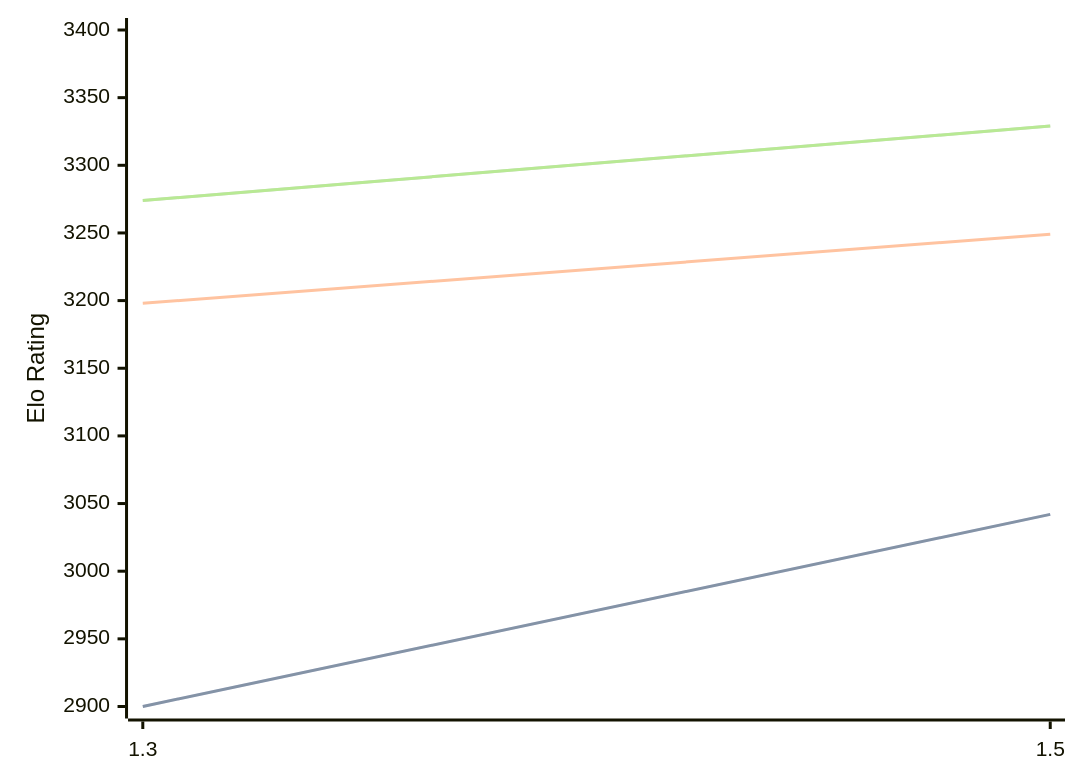
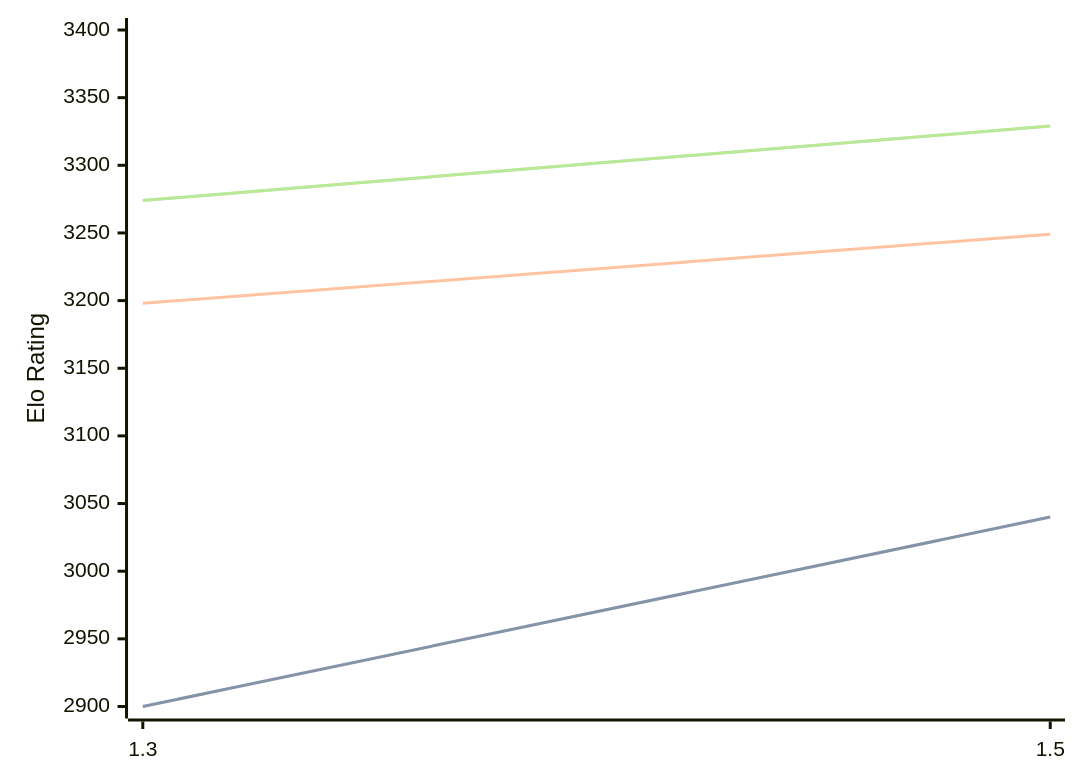
The first of 3 diagrams in engines/Lambergar.md (computer-chess-index/cci), drawn with Mermaid before and after one commit. The commit also changed other lines of this file, not shown here.

````diff
--- a/engines/Lambergar.md
+++ b/engines/Lambergar.md
@@ -44,11 +44,11 @@
 ```mermaid
 %%{init: {"theme":"base","themeVariables":{"seriesColors:['#a3a3a3','#222221','#faa371']}}}%%
 xychart-beta
   x-axis ["1.3", "1.5"]
   y-axis "Elo Rating" 2900 --> 3400
-  line "STC (8.0+0.08s)" [2900, 3042]
-  line "STC (8.0+0.08s)" [2900, 3042]
+  line "STC (8.0+0.08s)" [2900, 3040]
+  line "STC (8.0+0.08s)" [2900, 3040]
   line "LTC (60.0+0.60s)" [3198, 3249]
   line "VLTC (2m24s+1.12s)" [3274, 3329]
   line "VLTC (2m24s+1.12s)" [3274, 3329]
 ```
````
